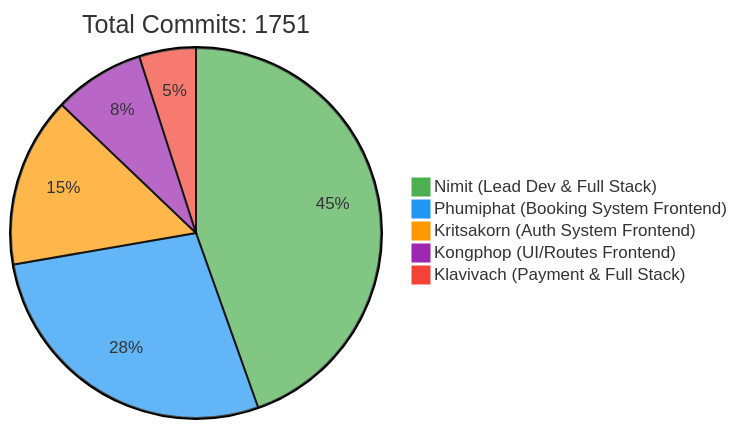
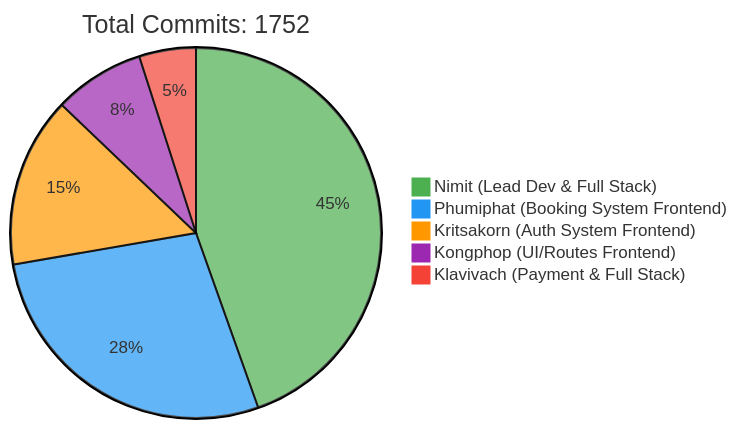
The first of 2 diagrams in README.md (6531503042/Sport-Complex), drawn with Mermaid before and after one commit. The commit also changed other lines of this file, not shown here.

Commit message:
docs: Update contributor statistics [skip ci]

````diff
--- a/README.md
+++ b/README.md
@@ -257,10 +257,10 @@
 ```mermaid
 %%{init: {'theme': 'base', 'themeVariables': { 'pie1': '#4CAF50', 'pie2': '#2196F3', 'pie3': '#FF9800', 'pie4': '#9C27B0', 'pie5': '#F44336'}}}%%
 pie
-    title Total Commits: 1751
+    title Total Commits: 1752
     "Nimit (Lead Dev & Full Stack)" : 450
     "Phumiphat (Booking System Frontend)" : 280
     "Kritsakorn (Auth System Frontend)" : 150
     "Kongphop (UI/Routes Frontend)" : 80
     "Klavivach (Payment & Full Stack)" : 50
 ```
````
